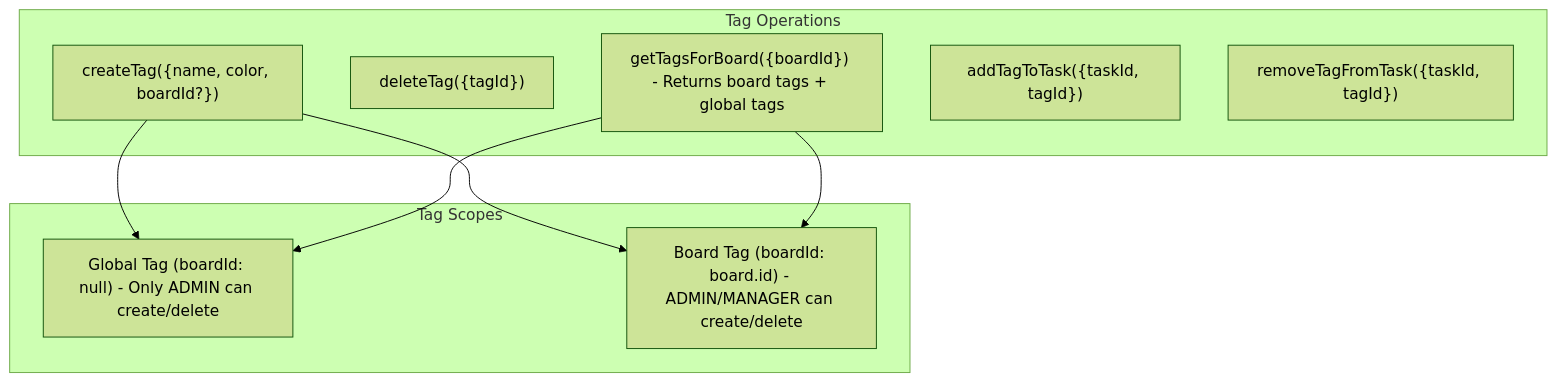
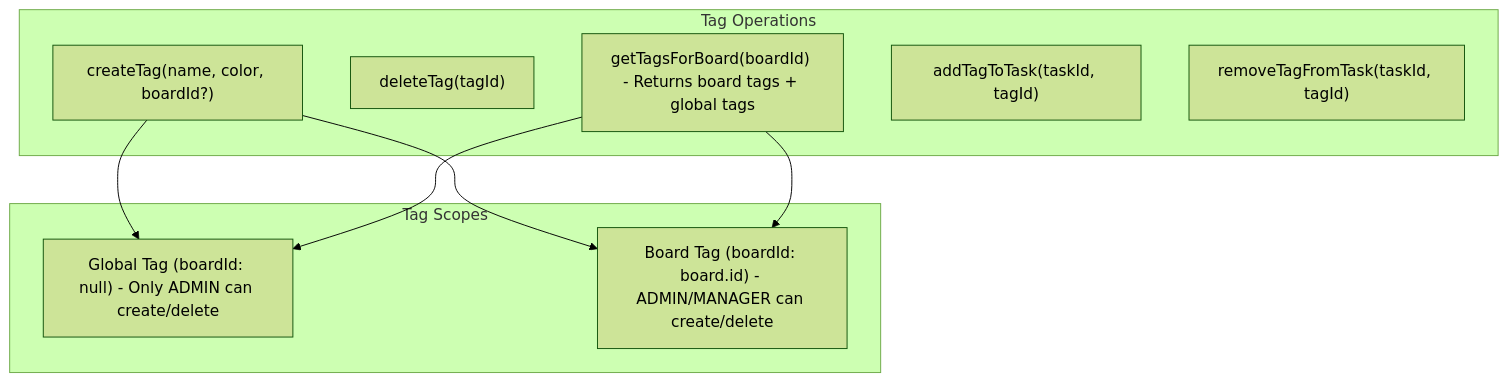
One commit to asefahmed500/Smart-Task-App_IIT_DU_Final_Project changed the sixth of 7 diagrams in docs/04-board-management.md. Above: the diagram before and after it, drawn with Mermaid (forest theme). The commit also changed other lines of this file and 9 other files, not shown here.

Commit message:
fix: update AGENTS.md with Vercel deployment notes and additional mermaid cleanups

````diff
--- a/docs/04-board-management.md
+++ b/docs/04-board-management.md
@@ -168,20 +168,20 @@
 ```mermaid
 flowchart TD
     subgraph "Tag Scopes"
         GLOBAL["Global Tag (boardId: null) - Only ADMIN can create/delete"]
         BOARD["Board Tag (boardId: board.id) - ADMIN/MANAGER can create/delete"]
     end
 
     subgraph "Tag Operations"
-        CREATE["createTag({name, color, boardId?})"]
-        DELETE["deleteTag({tagId})"]
-        GET["getTagsForBoard({boardId}) - Returns board tags + global tags"]
-        TASK_ADD["addTagToTask({taskId, tagId})"]
-        TASK_RM["removeTagFromTask({taskId, tagId})"]
+        CREATE["createTag(name, color, boardId?)"]
+        DELETE["deleteTag(tagId)"]
+        GET["getTagsForBoard(boardId) - Returns board tags + global tags"]
+        TASK_ADD["addTagToTask(taskId, tagId)"]
+        TASK_RM["removeTagFromTask(taskId, tagId)"]
     end
 
     CREATE --> GLOBAL
     CREATE --> BOARD
     GET --> GLOBAL
     GET --> BOARD
 ```
````
